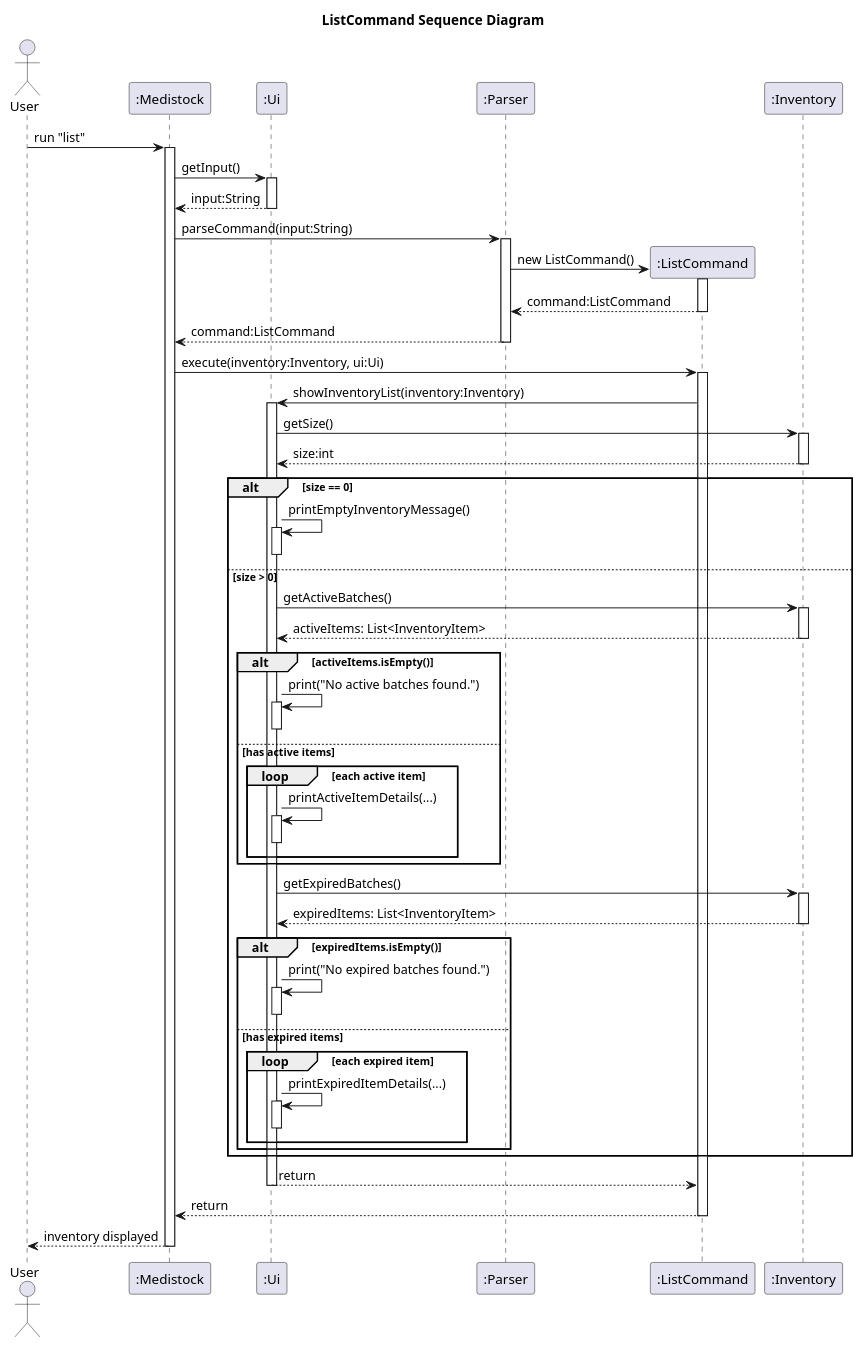
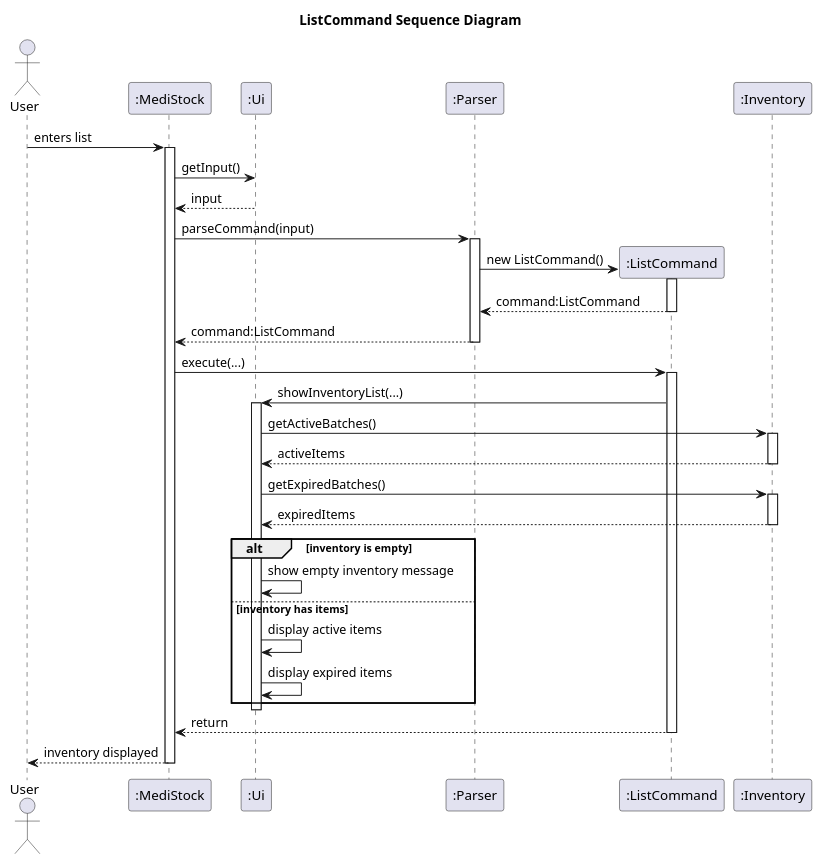
One commit to Yonish18/tp changed the diagram in docs/uml/ListCommandSequenceDiagram.puml. Above: the diagram before and after it, drawn with PlantUML. The commit also changed 2 other files, not shown here.

Commit message:
Simplify class and sequence diagram for listcommand feature

```diff
--- a/docs/uml/ListCommandSequenceDiagram.puml
+++ b/docs/uml/ListCommandSequenceDiagram.puml
@@ -1,90 +1,59 @@
 @startuml
 title ListCommand Sequence Diagram
 
 actor User
-participant ":Medistock" as App
+participant ":MediStock" as App
 participant ":Ui" as Ui
 participant ":Parser" as Parser
 participant ":ListCommand" as ListCommand
 participant ":Inventory" as Inventory
 
-User -> App : run "list"
+User -> App : enters list
 activate App
 
 App -> Ui : getInput()
-activate Ui
-Ui --> App : input:String
-deactivate Ui
+Ui --> App : input
 
-App -> Parser : parseCommand(input:String)
+App -> Parser : parseCommand(input)
 activate Parser
 
 create ListCommand
 Parser -> ListCommand : new ListCommand()
 activate ListCommand
 ListCommand --> Parser : command:ListCommand
 deactivate ListCommand
 
 Parser --> App : command:ListCommand
 deactivate Parser
 
-App -> ListCommand : execute(inventory:Inventory, ui:Ui)
+App -> ListCommand : execute(...)
 activate ListCommand
 
-ListCommand -> Ui : showInventoryList(inventory:Inventory)
+ListCommand -> Ui : showInventoryList(...)
 activate Ui
 
-Ui -> Inventory : getSize()
+Ui -> Inventory : getActiveBatches()
 activate Inventory
-Inventory --> Ui : size:int
+Inventory --> Ui : activeItems
 deactivate Inventory
 
-alt size == 0
-  Ui -> Ui : printEmptyInventoryMessage()
-  activate Ui
-  deactivate Ui
-else size > 0
-  Ui -> Inventory : getActiveBatches()
-  activate Inventory
-  Inventory --> Ui : activeItems: List<InventoryItem>
-  deactivate Inventory
+Ui -> Inventory : getExpiredBatches()
+activate Inventory
+Inventory --> Ui : expiredItems
+deactivate Inventory
 
-  alt activeItems.isEmpty()
-    Ui -> Ui : print("No active batches found.")
-    activate Ui
-    deactivate Ui
-  else has active items
-    loop each active item
-      Ui -> Ui : printActiveItemDetails(...)
-      activate Ui
-      deactivate Ui
-    end
-  end
-
-  Ui -> Inventory : getExpiredBatches()
-  activate Inventory
-  Inventory --> Ui : expiredItems: List<InventoryItem>
-  deactivate Inventory
-
-  alt expiredItems.isEmpty()
-    Ui -> Ui : print("No expired batches found.")
-    activate Ui
-    deactivate Ui
-  else has expired items
-    loop each expired item
-      Ui -> Ui : printExpiredItemDetails(...)
-      activate Ui
-      deactivate Ui
-    end
-  end
+alt inventory is empty
+    Ui -> Ui : show empty inventory message
+else inventory has items
+    Ui -> Ui : display active items
+    Ui -> Ui : display expired items
 end
 
-Ui --> ListCommand : return
 deactivate Ui
-
 ListCommand --> App : return
 deactivate ListCommand
 
 App --> User : inventory displayed
 deactivate App
+
 @enduml
```
